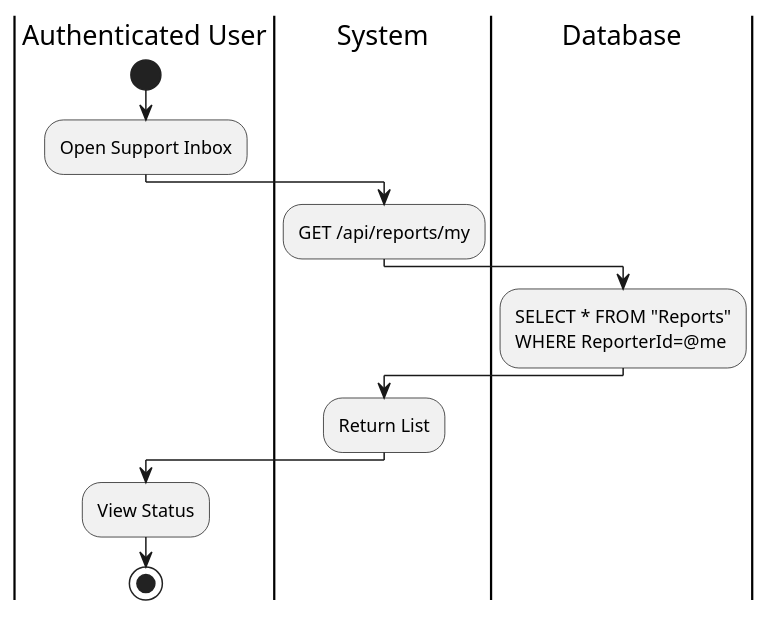
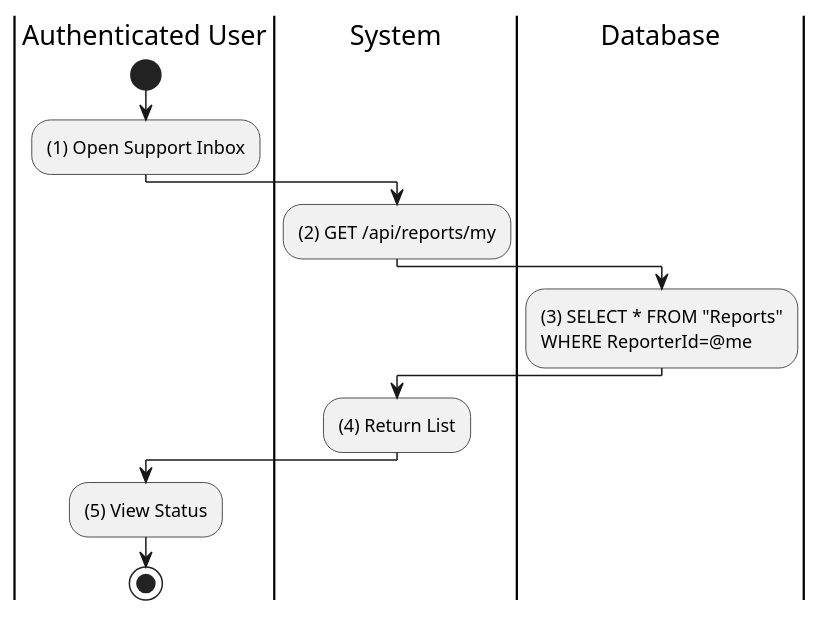
The fifth of 6 diagrams in UC_2.1.10_Supervise_Content.md (I-Love-U-3000/Favi-BE), drawn with PlantUML before and after one commit. The commit also changed other lines of this file and 36 other files, not shown here.

````diff
--- a/UC_2.1.10_Supervise_Content.md
+++ b/UC_2.1.10_Supervise_Content.md
@@ -127,17 +186,17 @@
 ```plantuml
 @startuml
 |Authenticated User|
 start
-:Open Support Inbox;
+:(1) Open Support Inbox;
 |System|
-:GET /api/reports/my;
+:(2) GET /api/reports/my;
 |Database|
-:SELECT * FROM "Reports" 
+:(3) SELECT * FROM "Reports" 
 WHERE ReporterId=@me;
 |System|
-:Return List;
+:(4) Return List;
 |Authenticated User|
-:View Status;
+:(5) View Status;
 stop
 @enduml
 ```
````
